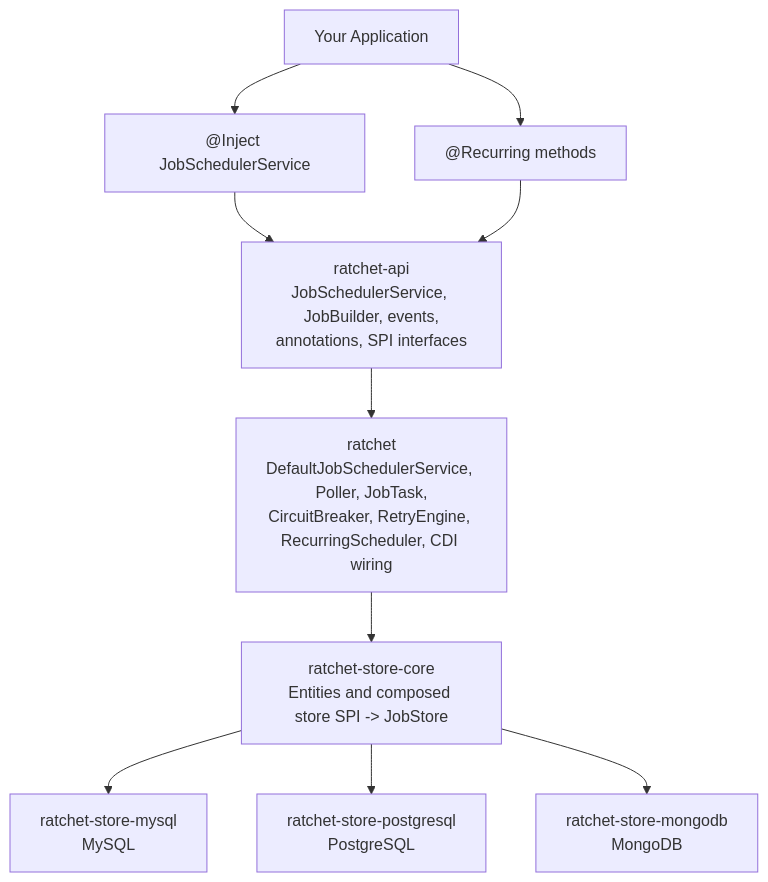
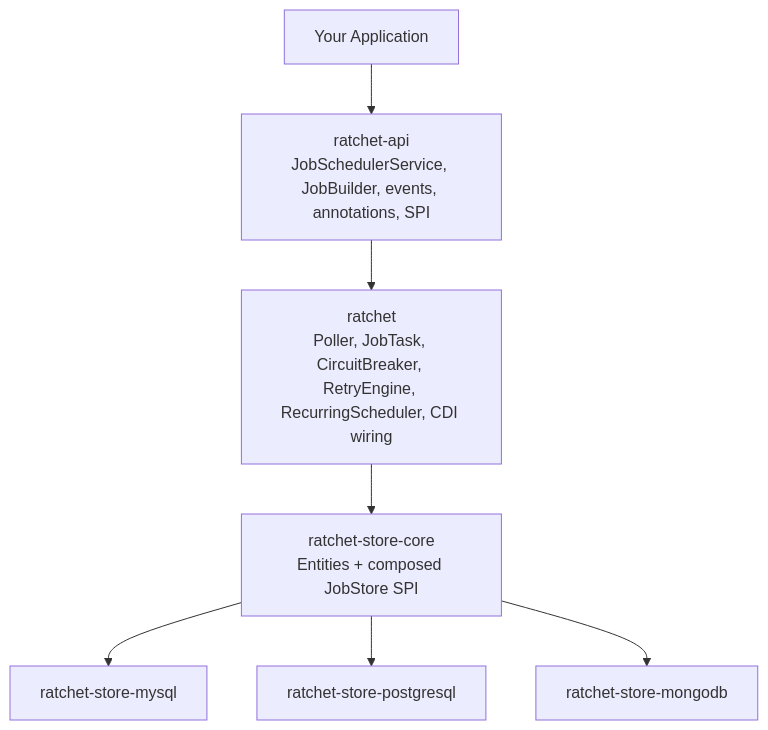
One commit to ratchet-run/ratchet changed the diagram in README.md. Above: the diagram before and after it, drawn with Mermaid. The commit also changed other lines of this file and 1 other file, not shown here.

````diff
--- a/README.md
+++ b/README.md
@@ -345,24 +118,13 @@
 ```mermaid
 flowchart TD
   app["Your Application"]
-  inject["@Inject JobSchedulerService"]
-  recurring["@Recurring methods"]
+  api["ratchet-api<br/>JobSchedulerService, JobBuilder, events, annotations, SPI"]
+  ri["ratchet<br/>Poller, JobTask, CircuitBreaker, RetryEngine, RecurringScheduler, CDI wiring"]
+  store["ratchet-store-core<br/>Entities + composed JobStore SPI"]
+  mysql["ratchet-store-mysql"]
+  postgres["ratchet-store-postgresql"]
+  mongo["ratchet-store-mongodb"]
 
-  api["ratchet-api<br/>JobSchedulerService, JobBuilder, events,<br/>annotations, SPI interfaces"]
-  ri["ratchet<br/>DefaultJobSchedulerService, Poller, JobTask,<br/>CircuitBreaker, RetryEngine, RecurringScheduler, CDI wiring"]
-  store["ratchet-store-core<br/>Entities and composed store SPI -> JobStore"]
-
-  mysql["ratchet-store-mysql<br/>MySQL"]
-  postgres["ratchet-store-postgresql<br/>PostgreSQL"]
-  mongo["ratchet-store-mongodb<br/>MongoDB"]
-
-  app --> inject
-  app --> recurring
-  inject --> api
-  recurring --> api
-  api --> ri
-  ri --> store
-  store --> mysql
-  store --> postgres
-  store --> mongo
+  app --> api --> ri --> store
+  store --> mysql & postgres & mongo
 ```
````
